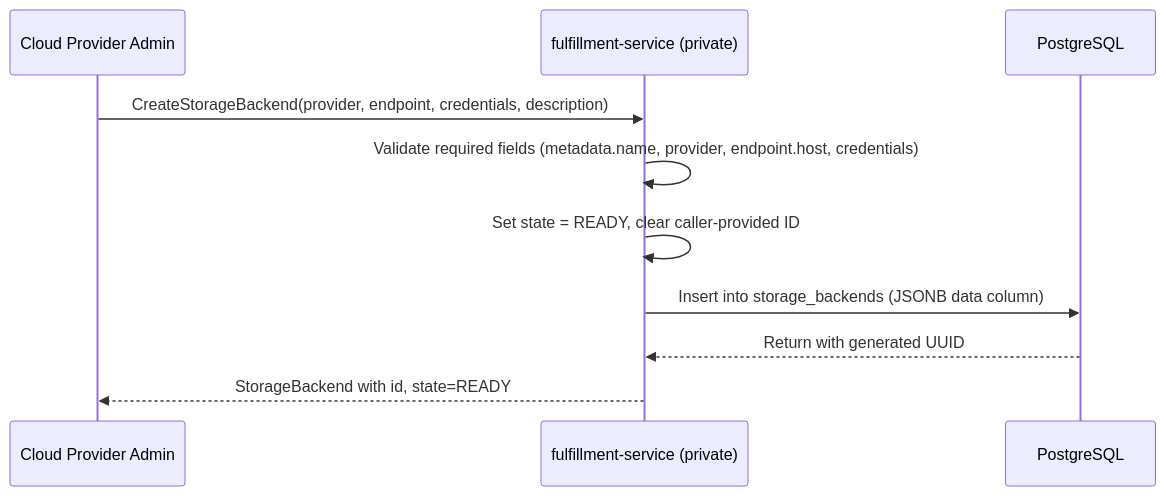
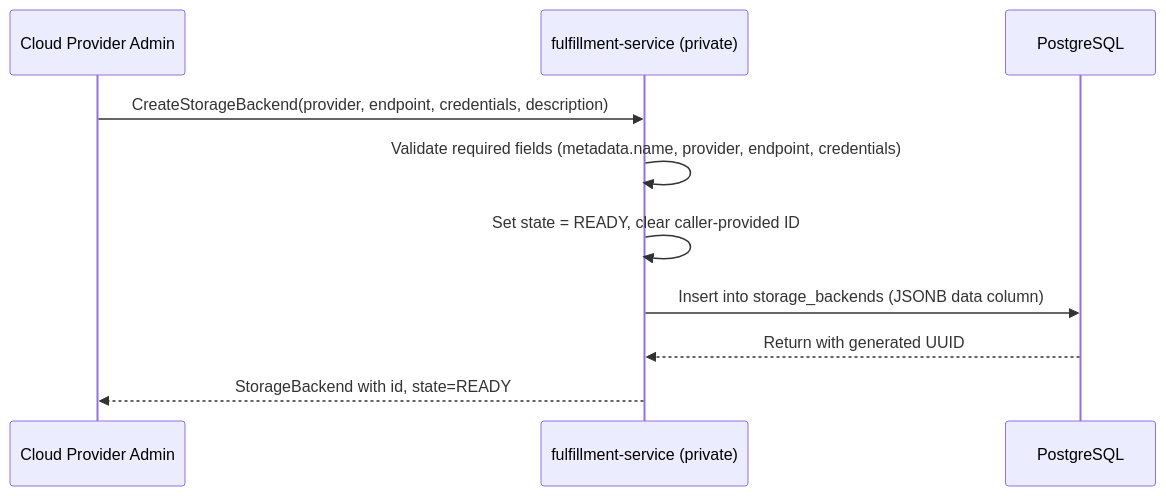
Before and after one commit to osac-project/enhancement-proposals: the diagram in enhancements/storage-backend-osac-1111/design.md, drawn with Mermaid. The commit also changed other lines of this file, not shown here.

First line of the commit message:
OSAC-1111: simplify endpoint to a single string field

````diff
--- a/enhancements/storage-backend-osac-1111/design.md
+++ b/enhancements/storage-backend-osac-1111/design.md
@@ -69,13 +69,13 @@
 ```mermaid
 sequenceDiagram
     participant Admin as Cloud Provider Admin
     participant FS as fulfillment-service (private)
     participant DB as PostgreSQL
 
     Admin->>FS: CreateStorageBackend(provider, endpoint, credentials, description)
-    FS->>FS: Validate required fields (metadata.name, provider, endpoint.host, credentials)
+    FS->>FS: Validate required fields (metadata.name, provider, endpoint, credentials)
     FS->>FS: Set state = READY, clear caller-provided ID
     FS->>DB: Insert into storage_backends (JSONB data column)
     DB-->>FS: Return with generated UUID
     FS-->>Admin: StorageBackend with id, state=READY
 ```
````
